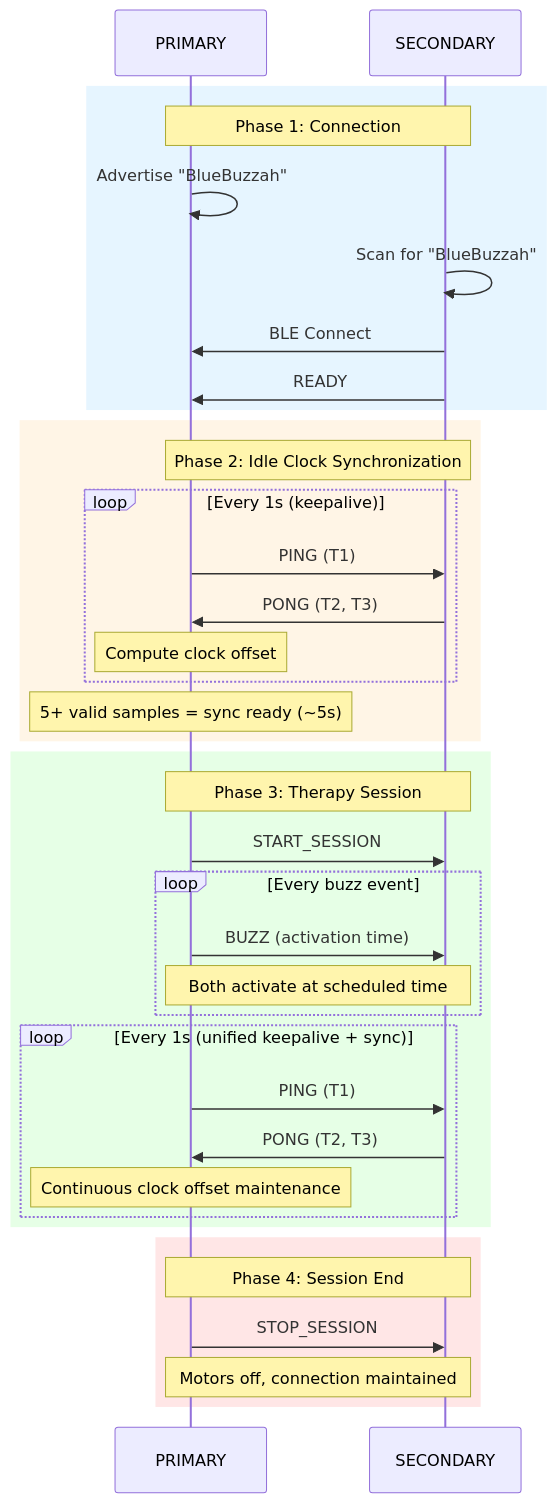
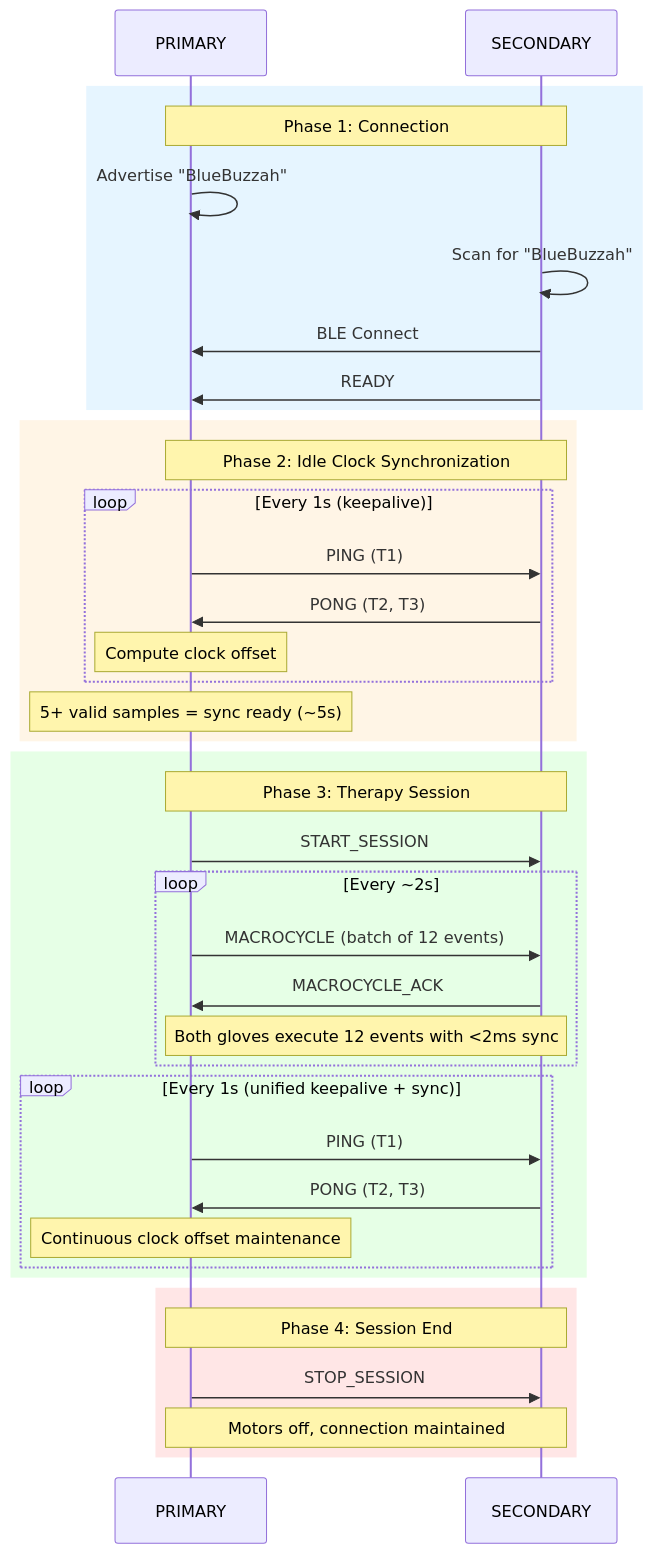
The first of 5 diagrams in docs/SYNCHRONIZATION_PROTOCOL.md (BlueBuzzah/BlueBuzzah-Firmware), drawn with Mermaid before and after one commit. The commit also changed other lines of this file and 34 other files, not shown here.

````diff
--- a/docs/SYNCHRONIZATION_PROTOCOL.md
+++ b/docs/SYNCHRONIZATION_PROTOCOL.md
@@ -29,43 +29,44 @@
 ```mermaid
 sequenceDiagram
     participant P as PRIMARY
     participant S as SECONDARY
 
     rect rgb(230, 245, 255)
         Note over P,S: Phase 1: Connection
         P->>P: Advertise "BlueBuzzah"
         S->>S: Scan for "BlueBuzzah"
         S->>P: BLE Connect
         S->>P: READY
     end
 
     rect rgb(255, 245, 230)
         Note over P,S: Phase 2: Idle Clock Synchronization
         loop Every 1s (keepalive)
             P->>S: PING (T1)
             S->>P: PONG (T2, T3)
             Note over P: Compute clock offset
         end
         Note over P: 5+ valid samples = sync ready (~5s)
     end
 
     rect rgb(230, 255, 230)
         Note over P,S: Phase 3: Therapy Session
         P->>S: START_SESSION
-        loop Every buzz event
-            P->>S: BUZZ (activation time)
-            Note over P,S: Both activate at scheduled time
+        loop Every ~2s
+            P->>S: MACROCYCLE (batch of 12 events)
+            S->>P: MACROCYCLE_ACK
+            Note over P,S: Both gloves execute 12 events with <2ms sync
         end
         loop Every 1s (unified keepalive + sync)
             P->>S: PING (T1)
             S->>P: PONG (T2, T3)
             Note over P: Continuous clock offset maintenance
         end
     end
 
     rect rgb(255, 230, 230)
         Note over P,S: Phase 4: Session End
         P->>S: STOP_SESSION
         Note over P,S: Motors off, connection maintained
     end
 ```
````
